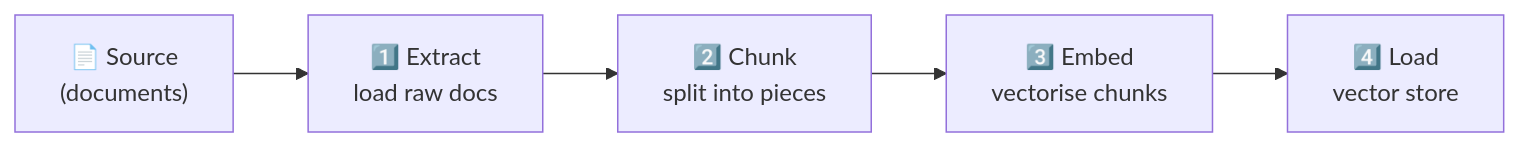
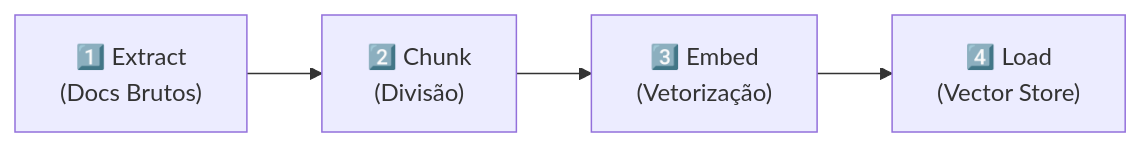
One commit to antunes-hq/aptdata-flow-os changed the second of 2 diagrams in docs/scaffold-templates.md. Above: the diagram before and after it, drawn with Mermaid. The commit also changed other lines of this file and 12 other files, not shown here.

````diff
--- a/docs/scaffold-templates.md
+++ b/docs/scaffold-templates.md
@@ -90,10 +61,9 @@
-```mermaid
-flowchart LR
-    Src["📄 Source\n(documents)"]
-    Extract["1️⃣ Extract\nload raw docs"]
-    Chunk["2️⃣ Chunk\nsplit into pieces"]
-    Embed["3️⃣ Embed\nvectorise chunks"]
-    Load["4️⃣ Load\nvector store"]
+    ```mermaid
+    flowchart LR
+        Extract["1️⃣ Extract\n(Docs Brutos)"]
+        Chunk["2️⃣ Chunk\n(Divisão)"]
+        Embed["3️⃣ Embed\n(Vetorização)"]
+        Load["4️⃣ Load\n(Vector Store)"]
 
-    Src --> Extract --> Chunk --> Embed --> Load
-```
+        Extract --> Chunk --> Embed --> Load
+    ```
````
